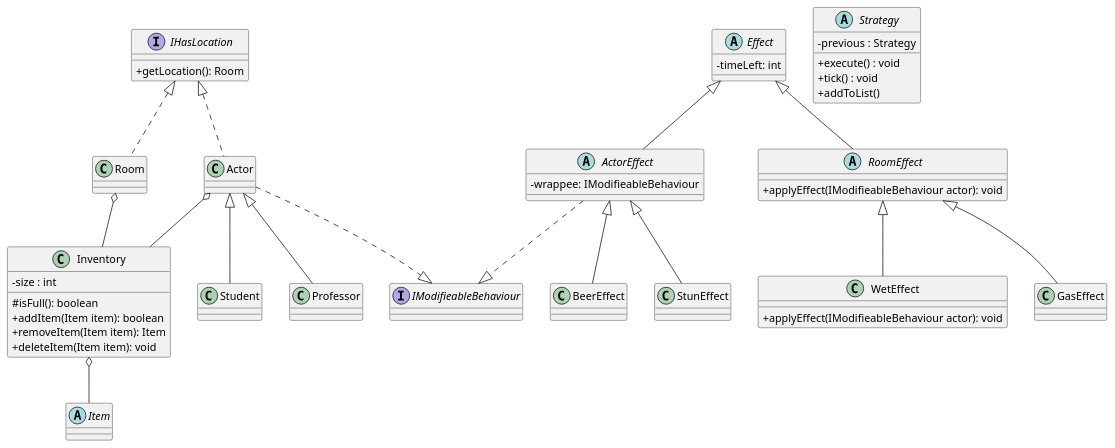
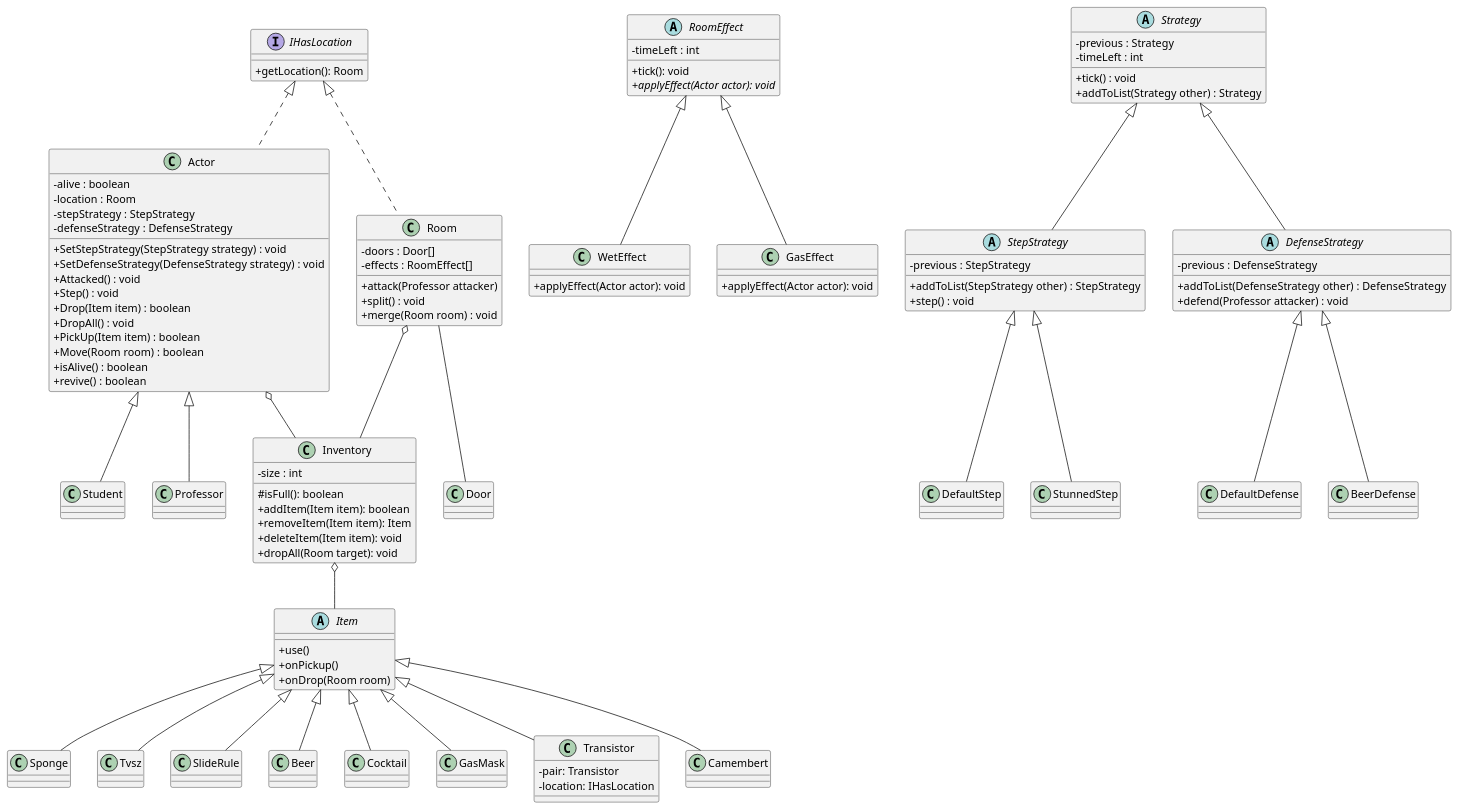
Before and after one commit to Kristof-me/Logarlec: the diagram in docs/class.puml, drawn with PlantUML.

Commit message:
Strategy added

```diff
--- a/docs/class.puml
+++ b/docs/class.puml
@@ -1,112 +1,164 @@
 @startuml
 skinparam classAttributeIconSize 0
 
 'Items ----------------------------------------------------
 abstract class Item {
+    +use()
+    +onPickup()
+    +onDrop(Room room)
+}
+
+class Sponge {}
+
+class Tvsz {}
+
+class SlideRule {}
+
+class Beer {}
+
+class Cocktail {
 
 }
+
+class GasMask {
+
+}
+
+class Transistor {
+- pair: Transistor
+- location: IHasLocation
+}
+
+class Camembert {}
+
+Item <|-- Sponge
+Item <|-- Tvsz
+Item <|-- SlideRule
+Item <|-- Beer
+Item <|-- Cocktail
+Item <|-- GasMask
+Item <|-- Transistor
+Item <|-- Camembert
 
 'Inventory ------------------------------------------------
 class Inventory {
 - size : int
 # isFull(): boolean
 + addItem(Item item): boolean
 + removeItem(Item item): Item
 + deleteItem(Item item): void
++ dropAll(Room target): void
 }
 
 Inventory o-- Item
 
 Actor o-- Inventory
 Room o-- Inventory
 
 'Character ------------------------------------------------
 
 class Actor {
+    - alive : boolean
+    - location : Room
+    - stepStrategy : StepStrategy
+    - defenseStrategy : DefenseStrategy
 
+    + SetStepStrategy(StepStrategy strategy) : void
+    + SetDefenseStrategy(DefenseStrategy strategy) : void
+    + Attacked() : void
+    + Step() : void
+    + Drop(Item item) : boolean
+    + DropAll() : void
+    + PickUp(Item item) : boolean
+    + Move(Room room) : boolean
+    + isAlive() : boolean
+    + revive() : boolean
 }
 
 class Student {
 
 }
 
 class Professor {
 
 }
 
 Actor <|--Student
 Actor <|--Professor
 
 'Room ------------------------------------------------------
 
 class Room {
-    
+    - doors : Door[]
+    - effects : RoomEffect[]
+    + attack(Professor attacker)
+    + split() : void
+    + merge(Room room) : void
+
+}
+
+Room -- Door
+
+class Door {
+
 }
 
 'HasLocation ------------------------------------------------
 interface IHasLocation {
     + getLocation(): Room
 }
 
 IHasLocation <|.. Actor
 IHasLocation <|.. Room
 
 'Effect ----------------------------------------------------
-
-abstract class Effect {
-- timeLeft: int
+abstract class RoomEffect {
+    - timeLeft : int
+    + tick(): void
+    + {abstract} applyEffect(Actor actor): void
 }
 
-Effect <|-- RoomEffect
-abstract class RoomEffect {
-    + applyEffect(IModifieableBehaviour actor): void
+RoomEffect <|-- WetEffect
+RoomEffect <|-- GasEffect
+
+class WetEffect {
++ applyEffect(Actor actor): void
 }
 
-Effect <|-- ActorEffect
-abstract class ActorEffect {
-    - wrappee: IModifieableBehaviour
-    
+class GasEffect {
++ applyEffect(Actor actor): void
 }
 
-' Room effects
-RoomEffect <|-- WetEffect
-class WetEffect {
-+ applyEffect(IModifieableBehaviour actor): void
-}
-
-'Strategy pattern --------
-
-RoomEffect <|-- GasEffect
-class GasEffect {
-
-}
-
-' Actor effects
-ActorEffect <|-- BeerEffect
-ActorEffect ..|> IModifieableBehaviour
-class BeerEffect {
-    
-}
-
-ActorEffect <|-- StunEffect
-class StunEffect {
-
-}
-
-interface IModifieableBehaviour{
-
-}
-
-Actor ..|> IModifieableBehaviour
 
 abstract class Strategy {
     - previous : Strategy
-    + execute() : void
+    - timeLeft : int
     + tick() : void
-    + addToList() 
+    + addToList(Strategy other) : Strategy
 }
 
-'add to list egyedi módon lesz implementálva, ezért jó sorrendben lesznek
-'default-ba lesz a tvsz használat
+abstract class StepStrategy {
+    - previous : StepStrategy
+    + addToList(StepStrategy other) : StepStrategy
+    + step() : void
+}
+
+class DefaultStep {}
+class StunnedStep {}
+Strategy <|-- StepStrategy
+StepStrategy <|-- DefaultStep
+StepStrategy <|-- StunnedStep
+
+abstract class DefenseStrategy {
+    - previous : DefenseStrategy
+    + addToList(DefenseStrategy other) : DefenseStrategy
+    + defend(Professor attacker) : void
+}
+
+class DefaultDefense {}
+class BeerDefense {}
+Strategy <|-- DefenseStrategy
+DefenseStrategy <|-- DefaultDefense
+DefenseStrategy <|-- BeerDefense
 
 @enduml
```
